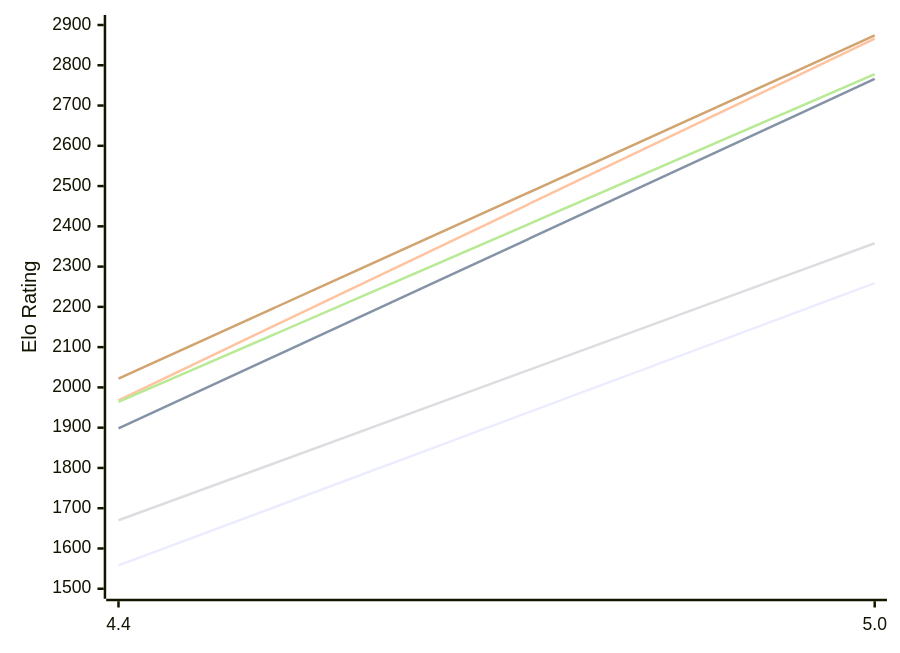
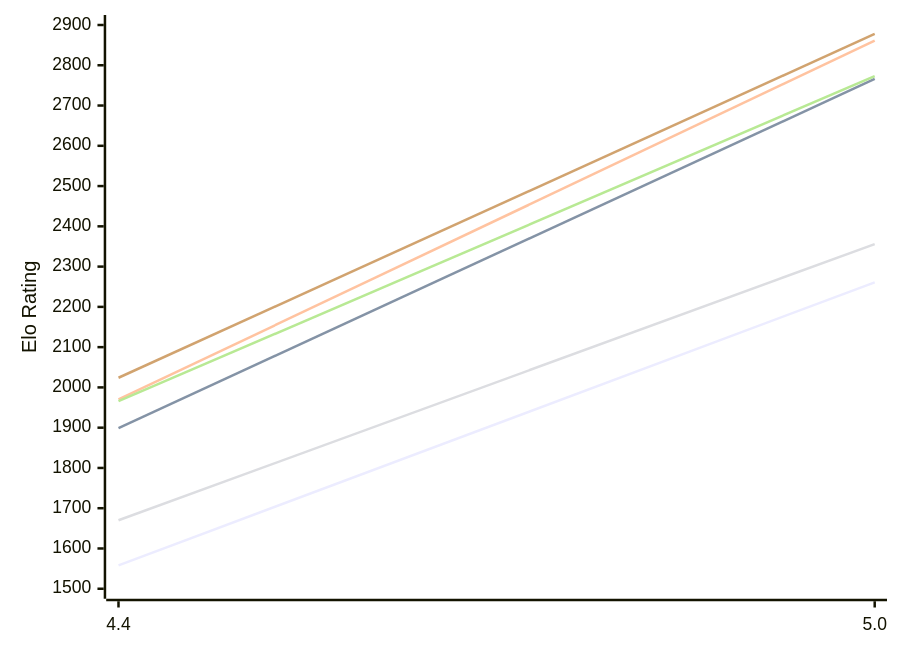
One commit to computer-chess-index/cci changed the first of 2 diagrams in engines/Radiance.md. Above: the diagram before and after it, drawn with Mermaid. The commit also changed other lines of this file, not shown here.

Commit message:
Update CCI Ratings (ELO VLTC) - 2026-11-26

````diff
--- a/engines/Radiance.md
+++ b/engines/Radiance.md
@@ -51,12 +51,12 @@
 ```mermaid
 %%{init: {"theme":"base","themeVariables":{"seriesColors:['#a3a3a3','#222221','#faa371']}}}%%
 xychart-beta
   x-axis ["4.4", "5.0"]
   y-axis "Elo Rating" 1500 --> 2900
-  line "E1: STC (8.0+0.08s)" [1558, 2259]
-  line "E1: LTC (60.0+0.60s)" [1898, 2766]
-  line "E1: VLTC (2m24s+1.12s)" [1968, 2866]
-  line "P1: STC (8.0+0.08s)" [1670, 2358]
-  line "P1: LTC (60.0+0.60s)" [1964, 2778]
-  line "P1: VLTC (2m24s+1.12s)" [2022, 2874]
+  line "E1: STC (8.0+0.08s)" [1558, 2261]
+  line "E1: LTC (60.0+0.60s)" [1899, 2766]
+  line "E1: VLTC (2m24s+1.12s)" [1970, 2861]
+  line "P1: STC (8.0+0.08s)" [1670, 2356]
+  line "P1: LTC (60.0+0.60s)" [1966, 2773]
+  line "P1: VLTC (2m24s+1.12s)" [2024, 2878]
 ```
````
